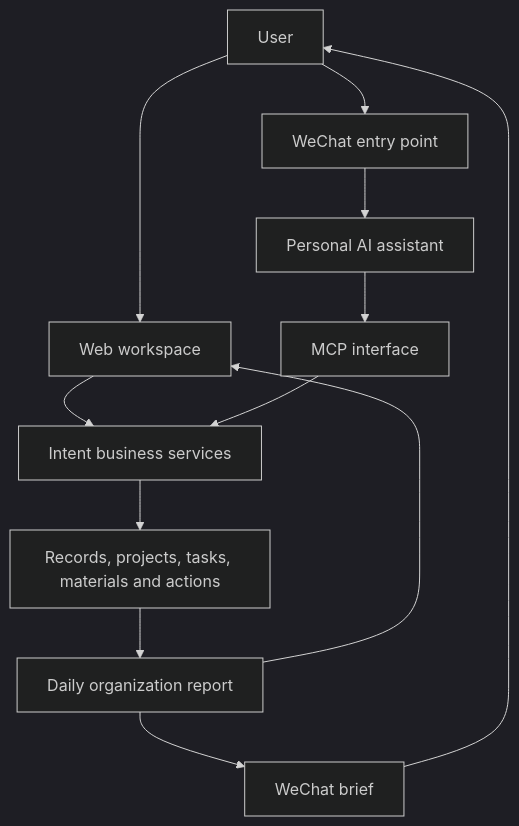
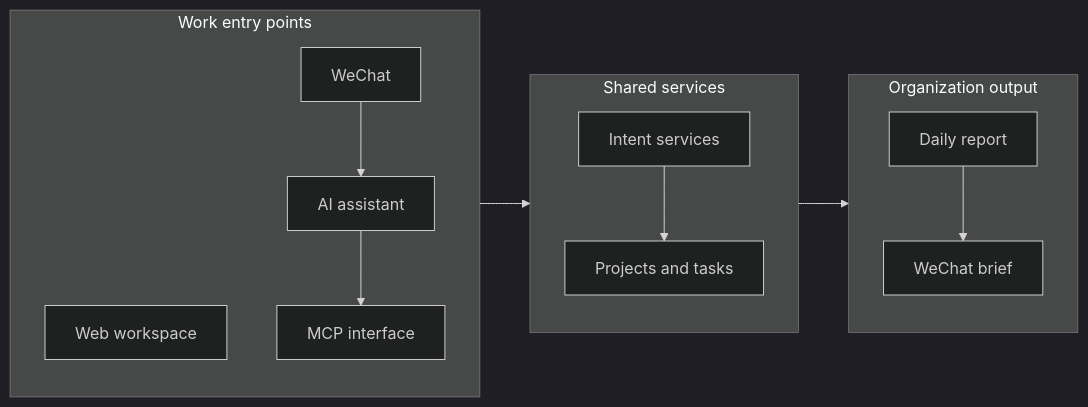
The second of 2 diagrams in content/en/cases/intent.md (cytlabs/personal-site), drawn with Mermaid (dark theme) before and after one commit. The commit also changed other lines of this file and 17 other files, not shown here.

First line of the commit message:
统一图表排版、主题和大图查看 (#15)

````diff
--- a/content/en/cases/intent.md
+++ b/content/en/cases/intent.md
@@ -39,14 +42,17 @@
 ```mermaid
-flowchart TD
-    U["User"] --> W["Web workspace"]
-    U --> C["WeChat entry point"]
-    C --> A["Personal AI assistant"]
-    A --> M["MCP interface"]
-    W --> S["Intent business services"]
-    M --> S
-    S --> D["Records, projects, tasks, materials and actions"]
-    D --> R["Daily organization report"]
-    R --> W
-    R --> N["WeChat brief"]
-    N --> U
+flowchart LR
+    subgraph ENTRY["Work entry points"]
+        direction TB
+        W["Web workspace"]
+        C["WeChat"] --> A["AI assistant"] --> M["MCP interface"]
+    end
+    subgraph SERVICE["Shared services"]
+        direction TB
+        S["Intent services"] --> D["Projects and tasks"]
+    end
+    subgraph REPORT["Organization output"]
+        direction TB
+        R["Daily report"] --> N["WeChat brief"]
+    end
+    ENTRY --> SERVICE --> REPORT
 ```
````
